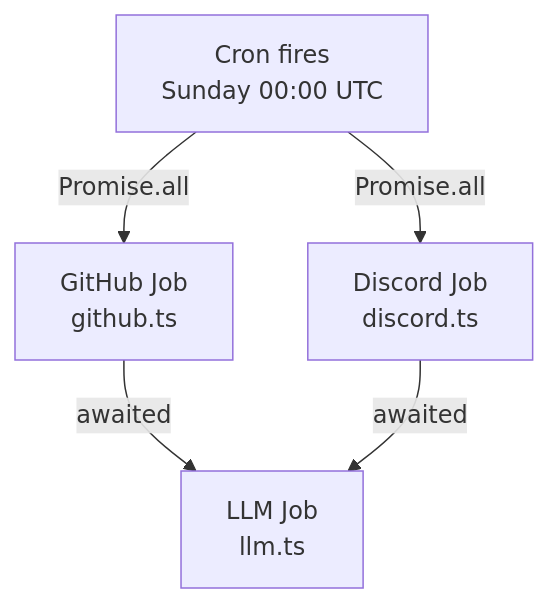
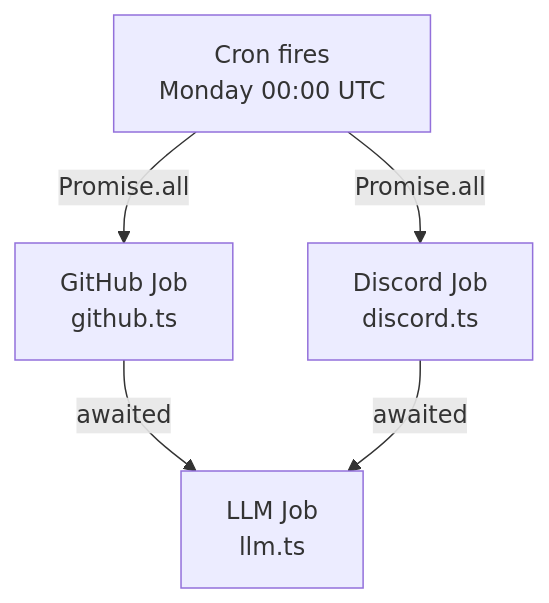
The first of 2 diagrams in docs/worker.md (UoaWDCC/projects-health-dashboard), drawn with Mermaid before and after one commit. The commit also changed other lines of this file and 1 other file, not shown here.

First line of the commit message:
docs: fix cron schedule day from Sunday to Monday

````diff
--- a/docs/worker.md
+++ b/docs/worker.md
@@ -20,12 +20,12 @@
 ```mermaid
 flowchart TD
-    CRON["Cron fires<br/>Sunday 00:00 UTC"]
+    CRON["Cron fires<br/>Monday 00:00 UTC"]
     GH["GitHub Job<br/>github.ts"]
     DC["Discord Job<br/>discord.ts"]
     LLM["LLM Job<br/>llm.ts"]
 
     CRON -->|"Promise.all"| GH
     CRON -->|"Promise.all"| DC
     GH -->|"awaited"| LLM
     DC -->|"awaited"| LLM
 ```
````
